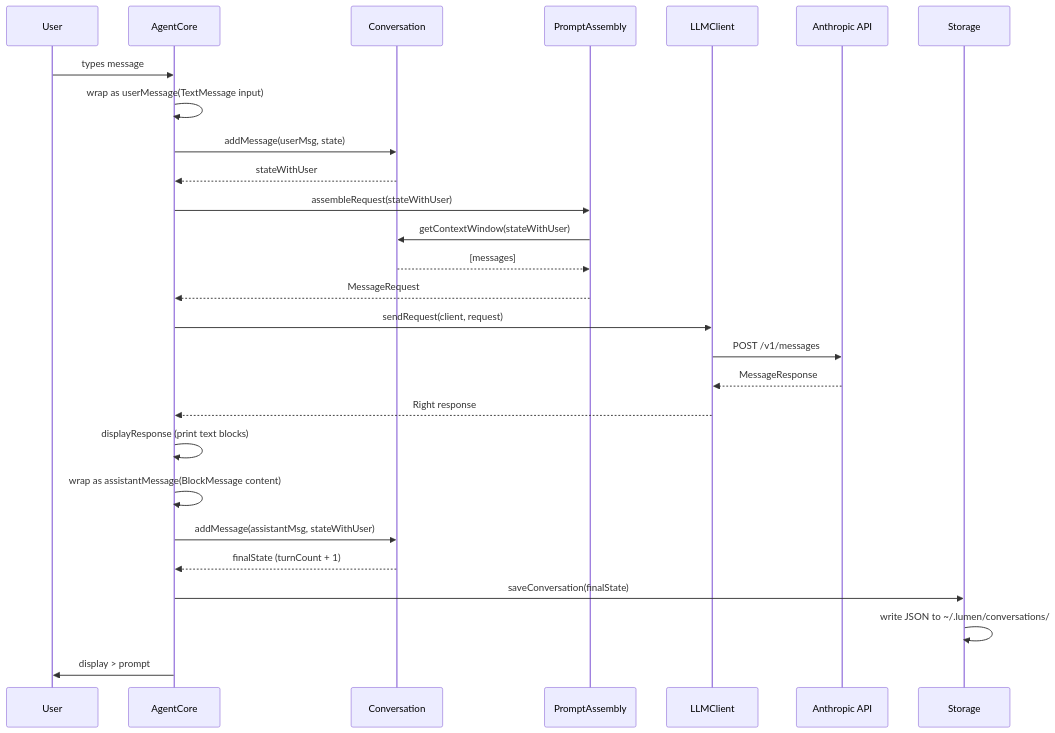
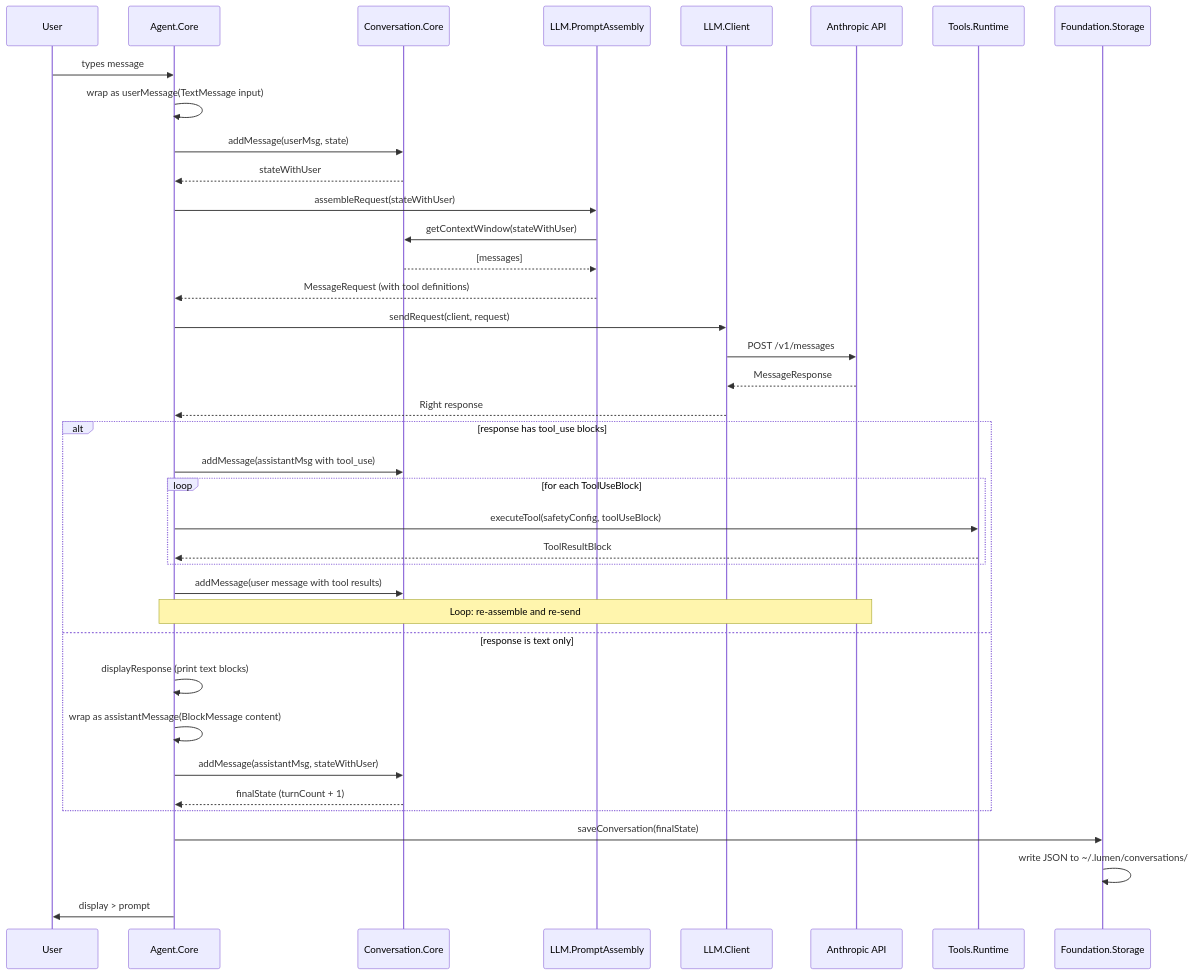
One commit to gxmas/lumen changed the first of 2 diagrams in docs/diagrams/request-flow.md. Above: the diagram before and after it, drawn with Mermaid. The commit also changed other lines of this file and 98 other files, not shown here.

````diff
--- a/docs/diagrams/request-flow.md
+++ b/docs/diagrams/request-flow.md
@@ -5,35 +5,46 @@
 ```mermaid
 sequenceDiagram
     participant User
-    participant AC as AgentCore
-    participant Conv as Conversation
-    participant PA as PromptAssembly
-    participant LLC as LLMClient
+    participant AC as Agent.Core
+    participant Conv as Conversation.Core
+    participant PA as LLM.PromptAssembly
+    participant LLC as LLM.Client
     participant API as Anthropic API
-    participant Store as Storage
+    participant TR as Tools.Runtime
+    participant Store as Foundation.Storage
 
     User->>AC: types message
     AC->>AC: wrap as userMessage(TextMessage input)
     AC->>Conv: addMessage(userMsg, state)
     Conv-->>AC: stateWithUser
 
     AC->>PA: assembleRequest(stateWithUser)
     PA->>Conv: getContextWindow(stateWithUser)
     Conv-->>PA: [messages]
-    PA-->>AC: MessageRequest
+    PA-->>AC: MessageRequest (with tool definitions)
 
     AC->>LLC: sendRequest(client, request)
     LLC->>API: POST /v1/messages
     API-->>LLC: MessageResponse
     LLC-->>AC: Right response
 
-    AC->>AC: displayResponse (print text blocks)
-    AC->>AC: wrap as assistantMessage(BlockMessage content)
-    AC->>Conv: addMessage(assistantMsg, stateWithUser)
-    Conv-->>AC: finalState (turnCount + 1)
+    alt response has tool_use blocks
+        AC->>Conv: addMessage(assistantMsg with tool_use)
+        loop for each ToolUseBlock
+            AC->>TR: executeTool(safetyConfig, toolUseBlock)
+            TR-->>AC: ToolResultBlock
+        end
+        AC->>Conv: addMessage(user message with tool results)
+        Note over AC,API: Loop: re-assemble and re-send
+    else response is text only
+        AC->>AC: displayResponse (print text blocks)
+        AC->>AC: wrap as assistantMessage(BlockMessage content)
+        AC->>Conv: addMessage(assistantMsg, stateWithUser)
+        Conv-->>AC: finalState (turnCount + 1)
+    end
 
     AC->>Store: saveConversation(finalState)
     Store->>Store: write JSON to ~/.lumen/conversations/
 
     AC->>User: display > prompt
 ```
````
